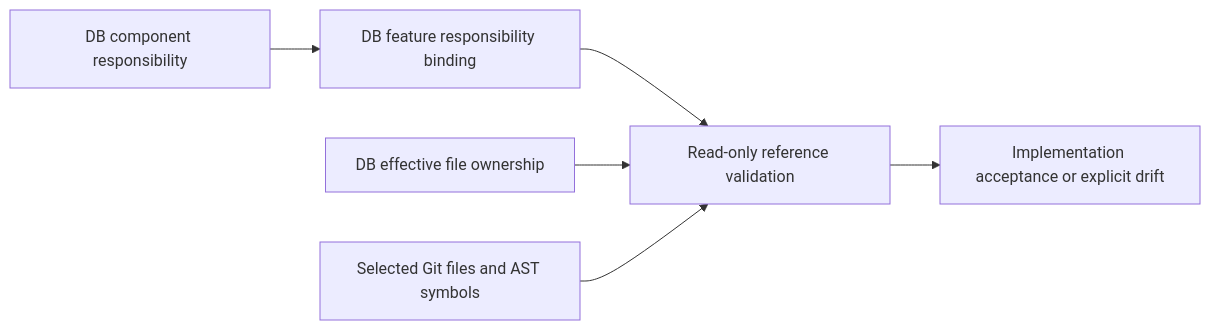
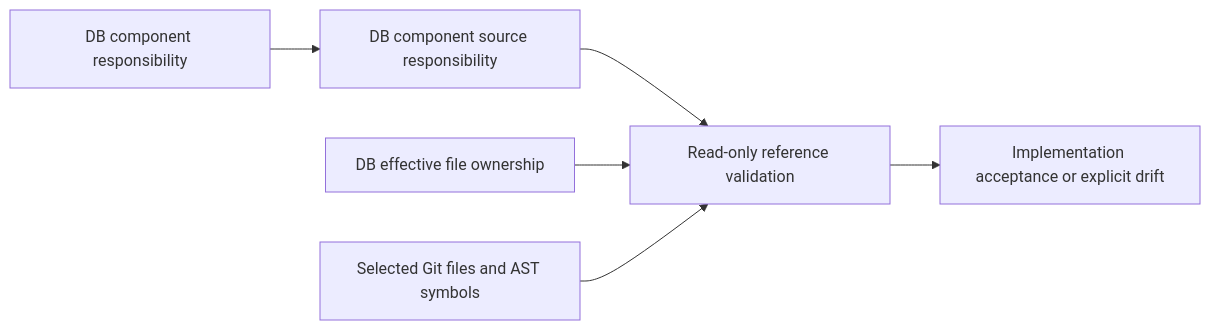
Before and after one commit to dunay2/dvt: the second of 5 diagrams in docs/architecture/components/ci-governance/component-engineering-record-component.md, drawn with Mermaid. The commit also changed other lines of this file and 27 other files, not shown here.

Commit message:
refactor(ci): Unify component responsibility ownership and validation facts

````diff
--- a/docs/architecture/components/ci-governance/component-engineering-record-component.md
+++ b/docs/architecture/components/ci-governance/component-engineering-record-component.md
@@ -71,8 +71,8 @@
 ```mermaid
 flowchart LR
-  Responsibility[DB component responsibility] --> Binding[DB feature responsibility binding]
+  Responsibility[DB component responsibility] --> Binding[DB component source responsibility]
   Binding --> Validate[Read-only reference validation]
   Ownership[DB effective file ownership] --> Validate
   Git[Selected Git files and AST symbols] --> Validate
   Validate --> Gate[Implementation acceptance or explicit drift]
 ```
````
